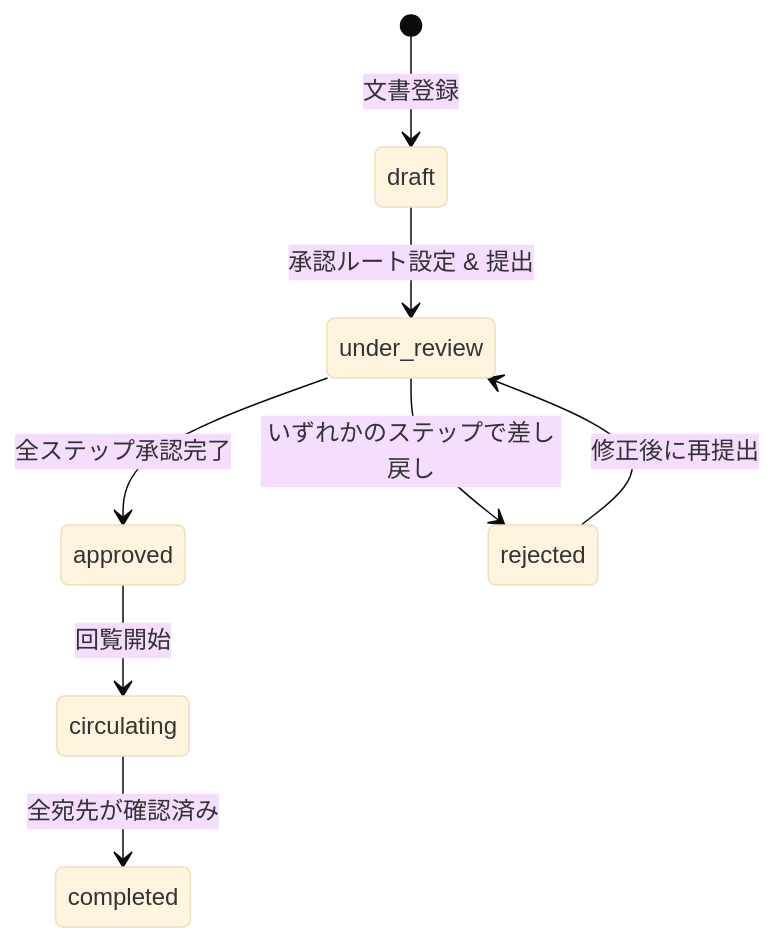
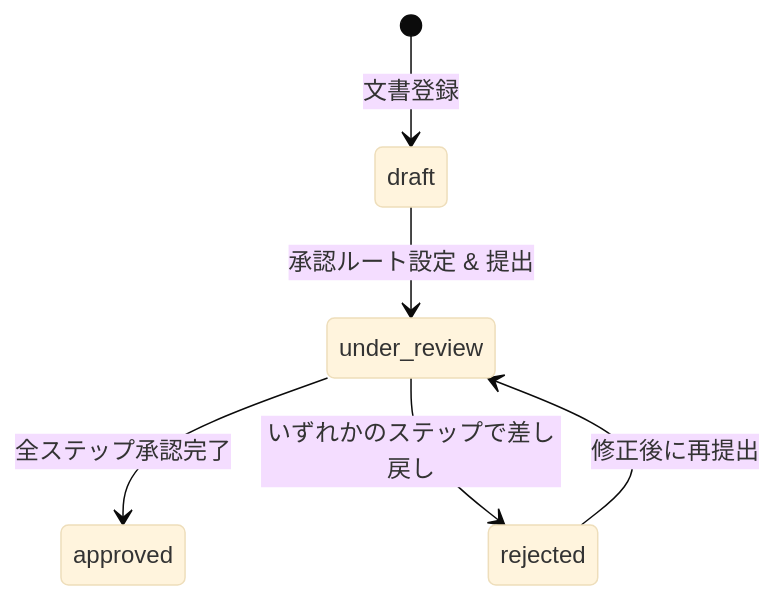
Before and after one commit to tagawa0525/doc_man: the first of 2 diagrams in docs/design/05_approval_flow.md, drawn with Mermaid (base theme). The commit also changed other lines of this file and 2 other files, not shown here.

````diff
--- a/docs/design/05_approval_flow.md
+++ b/docs/design/05_approval_flow.md
@@ -5,10 +5,8 @@
 ```mermaid
 stateDiagram-v2
     [*] --> draft : 文書登録
     draft --> under_review : 承認ルート設定 & 提出
     under_review --> approved : 全ステップ承認完了
     under_review --> rejected : いずれかのステップで差し戻し
     rejected --> under_review : 修正後に再提出
-    approved --> circulating : 回覧開始
-    circulating --> completed : 全宛先が確認済み
 ```
````
